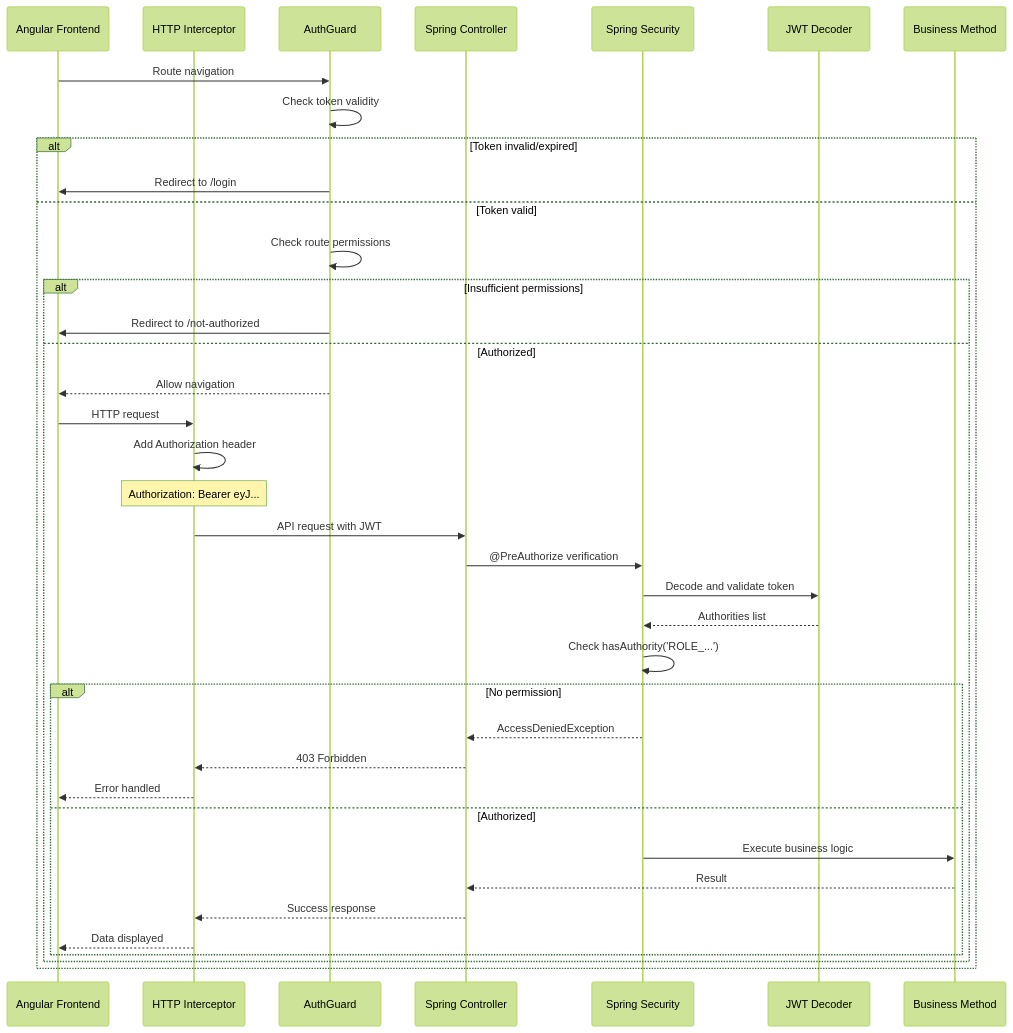
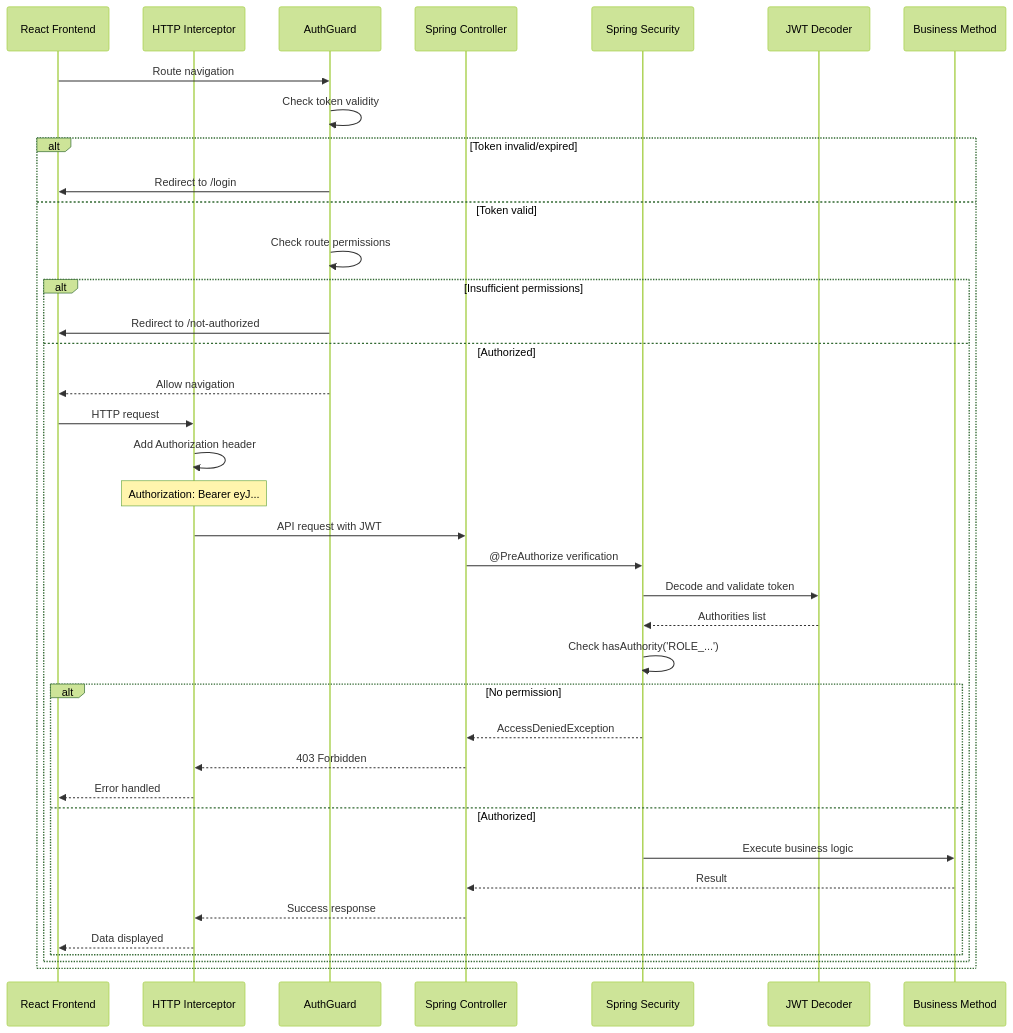
The second of 3 diagrams in docs/diagrams/authentication-flow.md (brunocesaromax/bc-finances), drawn with Mermaid (forest theme) before and after one commit. The commit also changed other lines of this file and 6 other files, not shown here.

````diff
--- a/docs/diagrams/authentication-flow.md
+++ b/docs/diagrams/authentication-flow.md
@@ -55,47 +55,47 @@
 ```mermaid
 sequenceDiagram
-    participant F as Angular Frontend
+    participant F as React Frontend
     participant I as HTTP Interceptor
     participant AG as AuthGuard
     participant C as Spring Controller
     participant S as Spring Security
     participant JWT as JWT Decoder
     participant M as Business Method
 
     F->>AG: Route navigation
     AG->>AG: Check token validity
     
     alt Token invalid/expired
         AG->>F: Redirect to /login
     else Token valid
         AG->>AG: Check route permissions
         
         alt Insufficient permissions
             AG->>F: Redirect to /not-authorized
         else Authorized
             AG-->>F: Allow navigation
             
             F->>I: HTTP request
             I->>I: Add Authorization header
             Note over I: Authorization: Bearer eyJ...
             
             I->>C: API request with JWT
             C->>S: @PreAuthorize verification
             S->>JWT: Decode and validate token
             JWT-->>S: Authorities list
             
             S->>S: Check hasAuthority('ROLE_...')
             
             alt No permission
                 S-->>C: AccessDeniedException
                 C-->>I: 403 Forbidden
                 I-->>F: Error handled
             else Authorized
                 S->>M: Execute business logic
                 M-->>C: Result
                 C-->>I: Success response
                 I-->>F: Data displayed
             end
         end
     end
 ```
````
